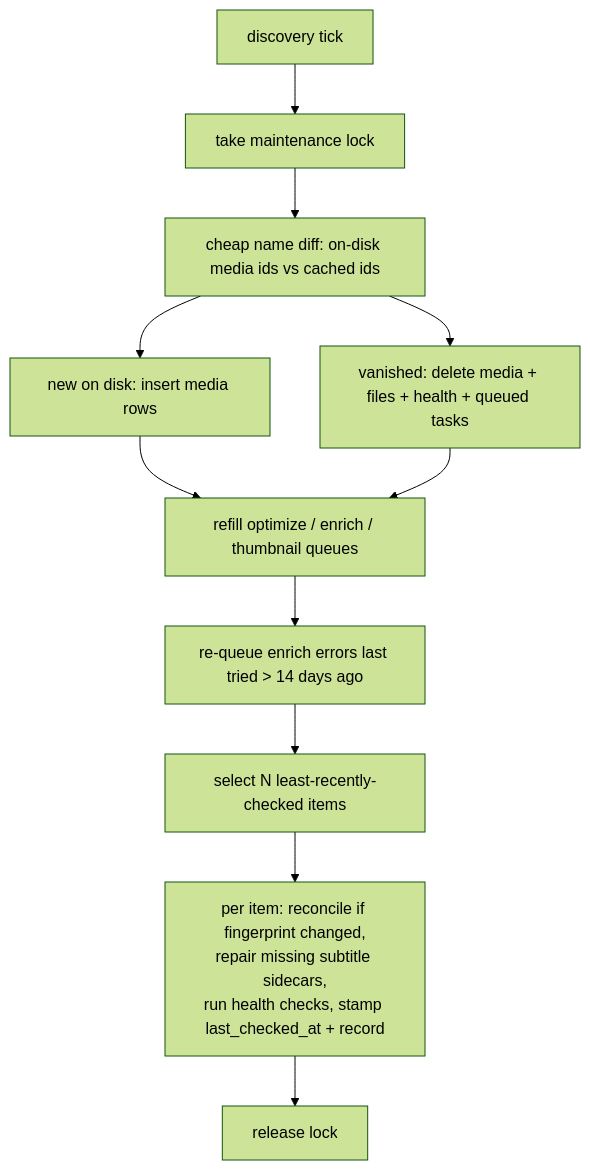
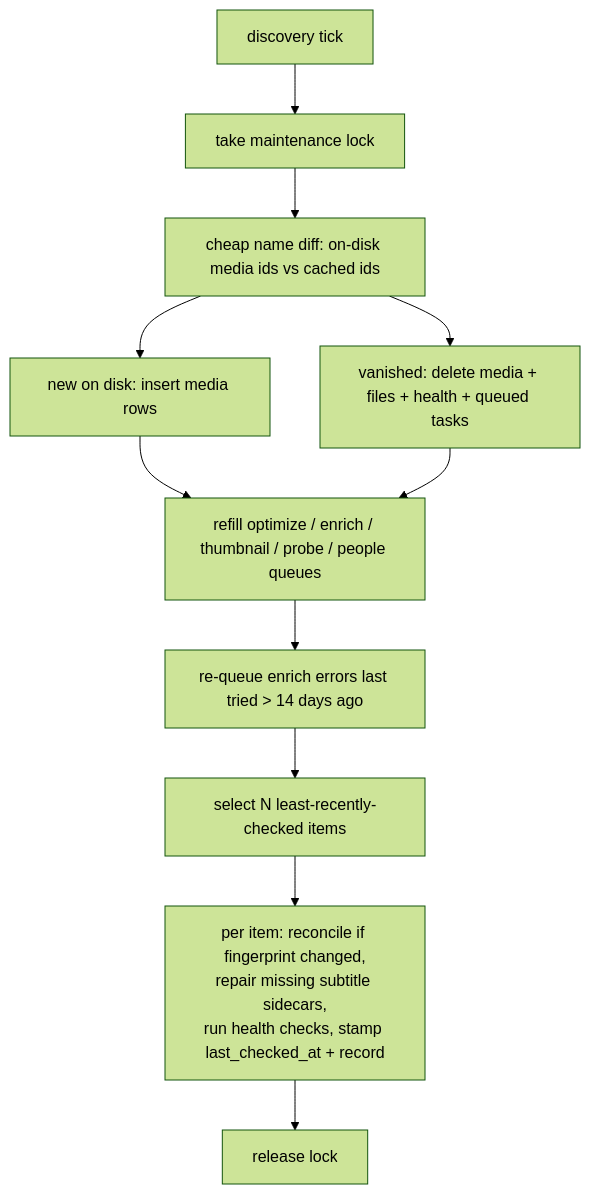
Before and after one commit to xuedi/FileFin: the diagram in docs/agents/discovery.md, drawn with Mermaid (forest theme). The commit also changed other lines of this file and 48 other files, not shown here.

````diff
--- a/docs/agents/discovery.md
+++ b/docs/agents/discovery.md
@@ -61,13 +61,13 @@
 ```mermaid
 flowchart TD
     TICK[discovery tick] --> LOCK[take maintenance lock]
     LOCK --> DIFF[cheap name diff: on-disk media ids vs cached ids]
     DIFF --> ADD[new on disk: insert media rows]
     DIFF --> DEL[vanished: delete media + files + health + queued tasks]
-    ADD --> REFILL[refill optimize / enrich / thumbnail queues]
+    ADD --> REFILL[refill optimize / enrich / thumbnail / probe / people queues]
     DEL --> REFILL
     REFILL --> RETRY[re-queue enrich errors last tried > 14 days ago]
     RETRY --> ROLL[select N least-recently-checked items]
     ROLL --> ITEM[per item: reconcile if fingerprint changed,\nrepair missing subtitle sidecars,\nrun health checks, stamp last_checked_at + record]
     ITEM --> UNLOCK[release lock]
 ```
````
